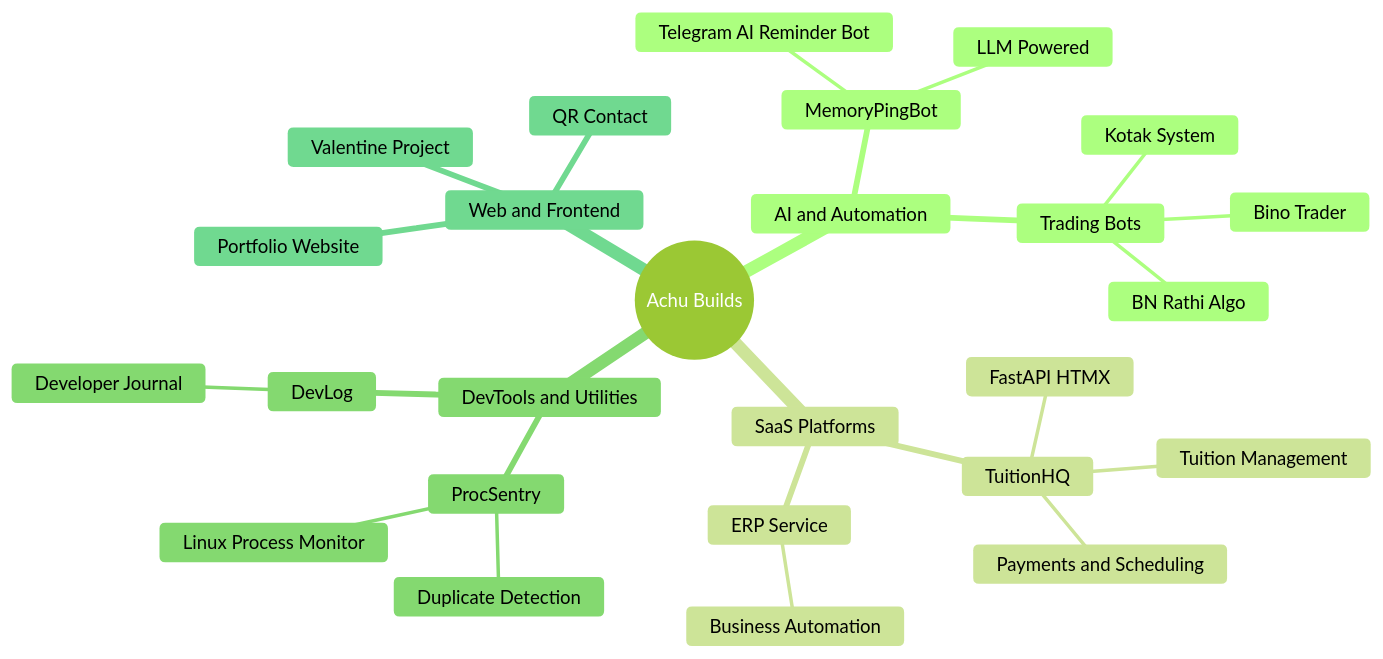
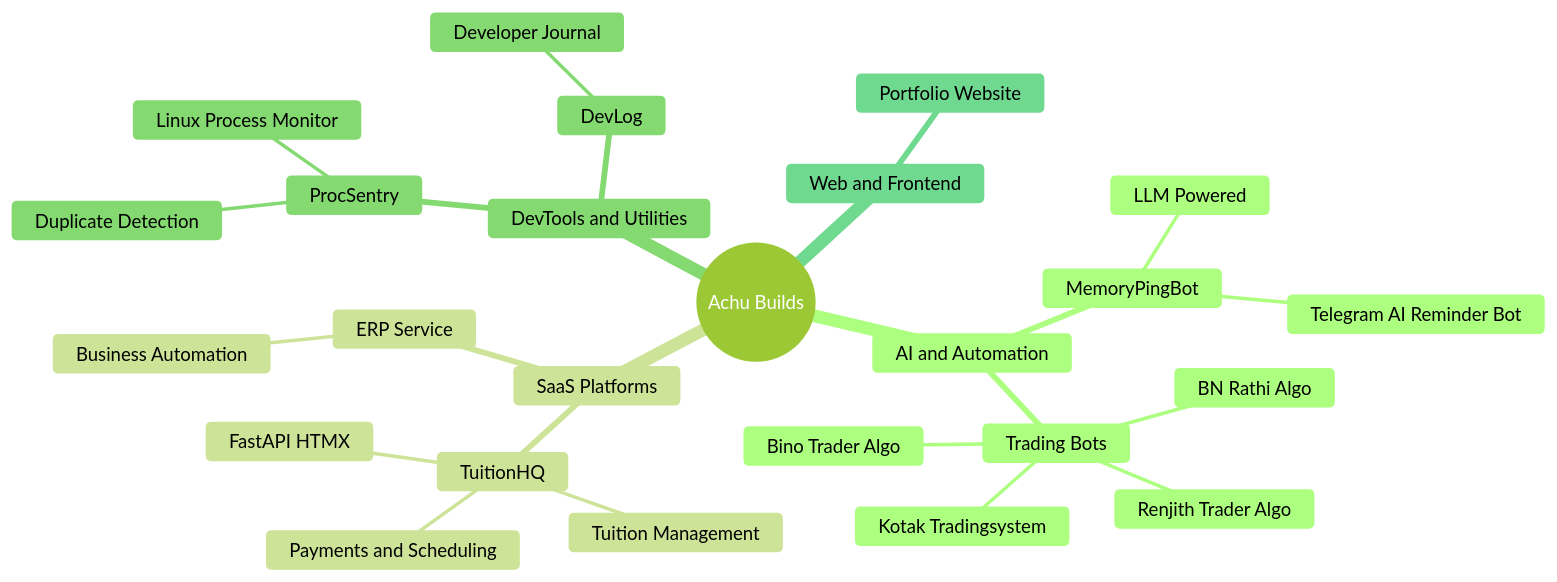
Before and after one commit to achuvijayakumar/achuvijayakumar: the first of 2 diagrams in README.md, drawn with Mermaid (forest theme). The commit also changed other lines of this file, not shown here.

````diff
--- a/README.md
+++ b/README.md
@@ -78,29 +75,28 @@
 ```mermaid
 mindmap
   root((Achu Builds))
     AI and Automation
       MemoryPingBot
         Telegram AI Reminder Bot
         LLM Powered
       Trading Bots
-        Kotak System
-        Bino Trader
+        Kotak Tradingsystem
+        Bino Trader Algo
         BN Rathi Algo
+        Renjith Trader Algo
     SaaS Platforms
       TuitionHQ
         Tuition Management
         FastAPI HTMX
         Payments and Scheduling
       ERP Service
         Business Automation
     DevTools and Utilities
       ProcSentry
         Linux Process Monitor
         Duplicate Detection
       DevLog
         Developer Journal
     Web and Frontend
       Portfolio Website
-      QR Contact
-      Valentine Project
 ```
````
